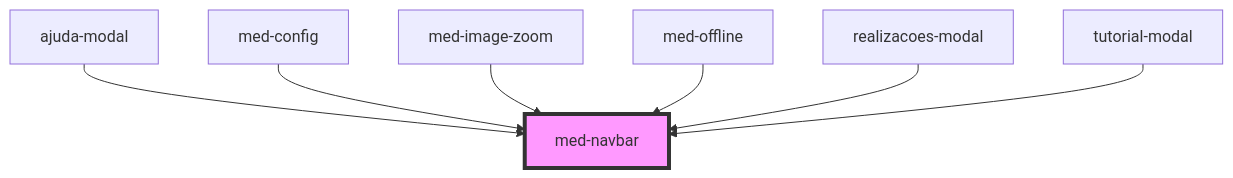
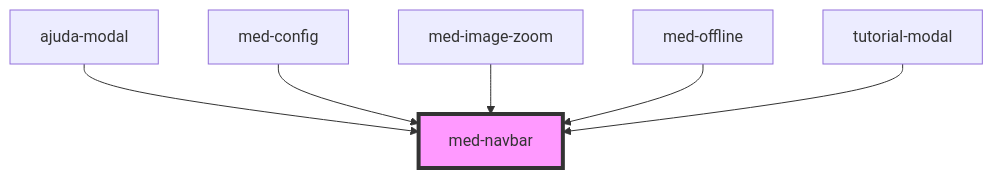
One commit to MEDGRUPOGIT/ionic-framework-1 changed the diagram in core/src/components/@templarios/compositions/med-navbar/readme.md. Above: the diagram before and after it, drawn with Mermaid. The commit also changed other lines of this file and 5 other files, not shown here.

````diff
--- a/core/src/components/@templarios/compositions/med-navbar/readme.md
+++ b/core/src/components/@templarios/compositions/med-navbar/readme.md
@@ -28,10 +27,9 @@
 ```mermaid
 graph TD;
   ajuda-modal --> med-navbar
   med-config --> med-navbar
   med-image-zoom --> med-navbar
   med-offline --> med-navbar
-  realizacoes-modal --> med-navbar
   tutorial-modal --> med-navbar
   style med-navbar fill:#f9f,stroke:#333,stroke-width:4px
 ```
````
